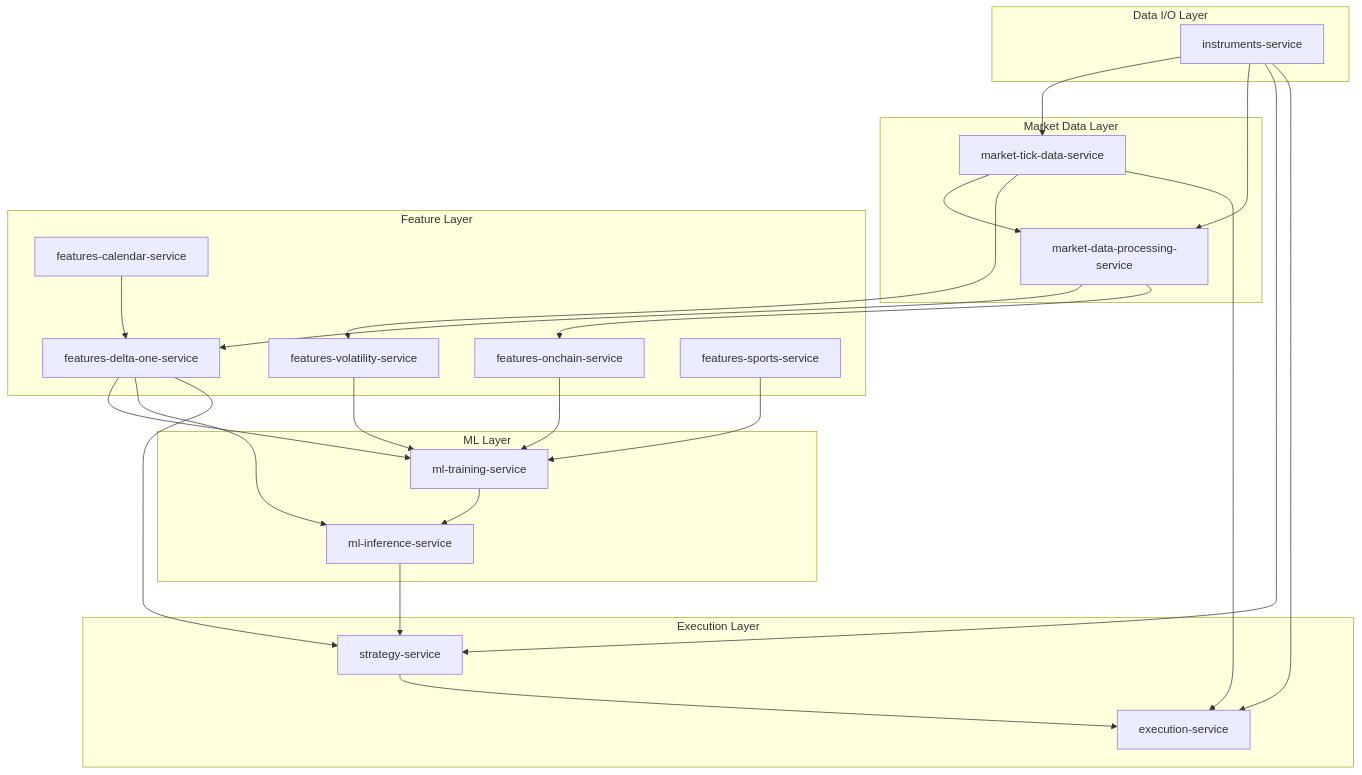
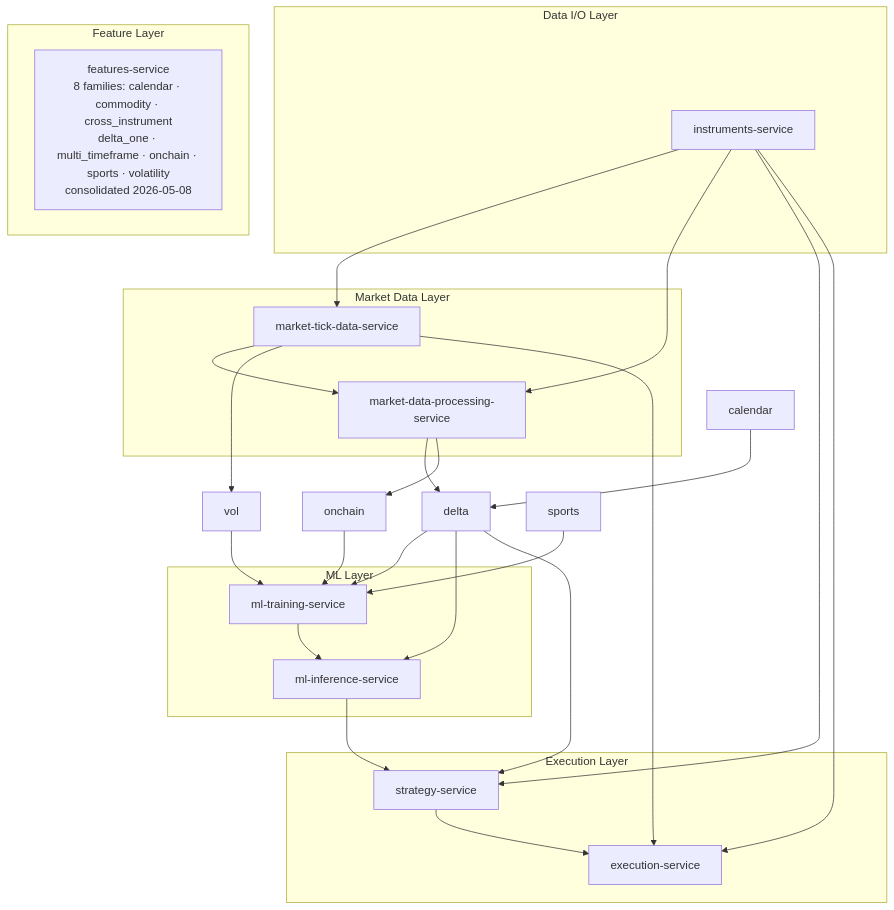
Before and after one commit to IggyIkenna/unified-trading-pm: the diagram in codex/README.md, drawn with Mermaid. The commit also changed other lines of this file and 5 other files, not shown here.

````diff
--- a/codex/README.md
+++ b/codex/README.md
@@ -71,54 +71,50 @@
 ```mermaid
 flowchart TB
     subgraph data_io["Data I/O Layer"]
         instruments[instruments-service]
     end
 
     subgraph market_data["Market Data Layer"]
         tick[market-tick-data-service]
         processing[market-data-processing-service]
     end
 
     subgraph features["Feature Layer"]
-        calendar[features-calendar-service]
-        delta[features-delta-one-service]
-        vol[features-volatility-service]
-        onchain[features-onchain-service]
-        sports[features-sports-service]
+        fs[features-service<br/>8 families: calendar · commodity · cross_instrument<br/>delta_one · multi_timeframe · onchain · sports · volatility<br/>consolidated 2026-05-08]
     end
 
     subgraph ml["ML Layer"]
         train[ml-training-service]
         inference[ml-inference-service]
     end
 
     subgraph execution["Execution Layer"]
         strategy[strategy-service]
         exec[execution-service]
     end
 
     instruments --> tick
     tick --> processing
     instruments --> processing
 
     calendar --> delta
     processing --> delta
     tick --> vol
     processing --> onchain
 
     delta --> train
     vol --> train
     onchain --> train
     sports --> train
 
     train --> inference
     delta --> inference
 
     inference --> strategy
     delta --> strategy
     instruments --> strategy
 
     strategy --> exec
     tick --> exec
     instruments --> exec
 ```
````
